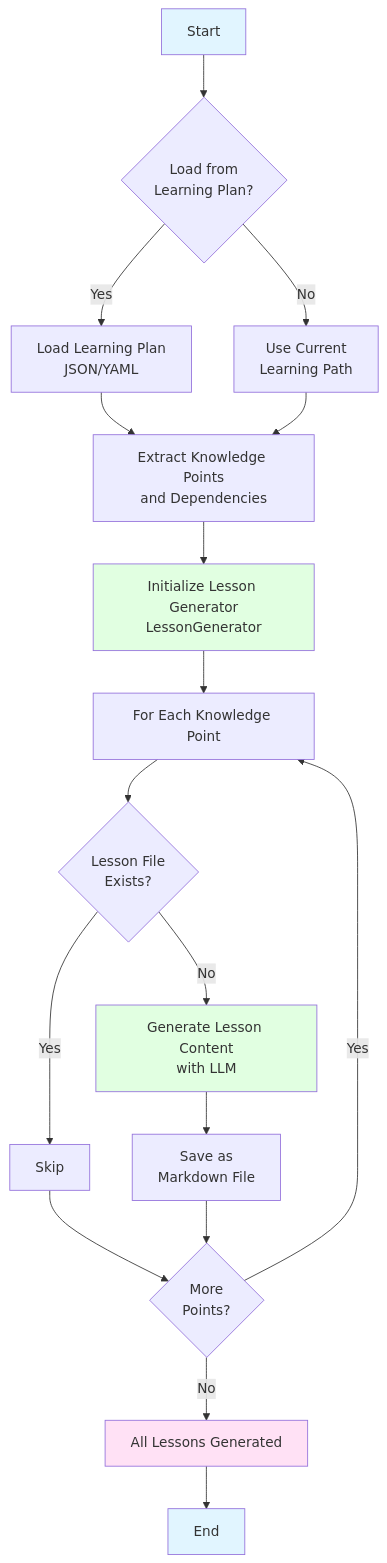
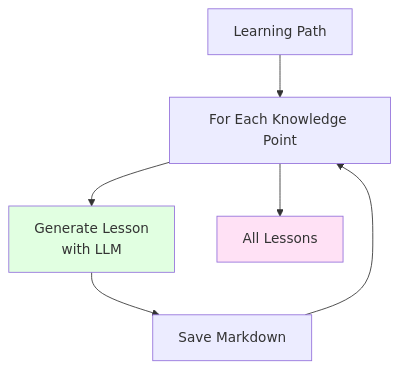
Before and after one commit to likefallwind/simpleDoc: the second of 2 diagrams in README.md, drawn with Mermaid. The commit also changed other lines of this file, not shown here.

Commit message:
Refactor README flowcharts for Learning Plan and Lesson Generation to improve clarity and visual representation. Streamline processes and enhance styling for better understanding of the workflows.

````diff
--- a/README.md
+++ b/README.md
@@ -170,25 +156,11 @@
 ```mermaid
 flowchart TD
-    A[Start] --> B{Load from<br/>Learning Plan?}
-    B -->|Yes| C[Load Learning Plan<br/>JSON/YAML]
-    B -->|No| D[Use Current<br/>Learning Path]
-    C --> E[Extract Knowledge Points<br/>and Dependencies]
-    D --> E
-    E --> F[Initialize Lesson Generator<br/>LessonGenerator]
-    F --> G[For Each Knowledge Point]
-    G --> H{Lesson File<br/>Exists?}
-    H -->|Yes| I[Skip]
-    H -->|No| J[Generate Lesson Content<br/>with LLM]
-    J --> K[Save as<br/>Markdown File]
-    I --> L{More<br/>Points?}
-    K --> L
-    L -->|Yes| G
-    L -->|No| M[All Lessons Generated]
-    M --> N[End]
+    A[Learning Path] --> B[For Each Knowledge Point]
+    B --> C[Generate Lesson<br/>with LLM]
+    C --> D[Save Markdown]
+    D --> B
+    B --> E[All Lessons]
     
-    style A fill:#e1f5ff
-    style N fill:#e1f5ff
-    style F fill:#e1ffe1
-    style J fill:#e1ffe1
-    style M fill:#ffe1f5
+    style C fill:#e1ffe1
+    style E fill:#ffe1f5
 ```
````
